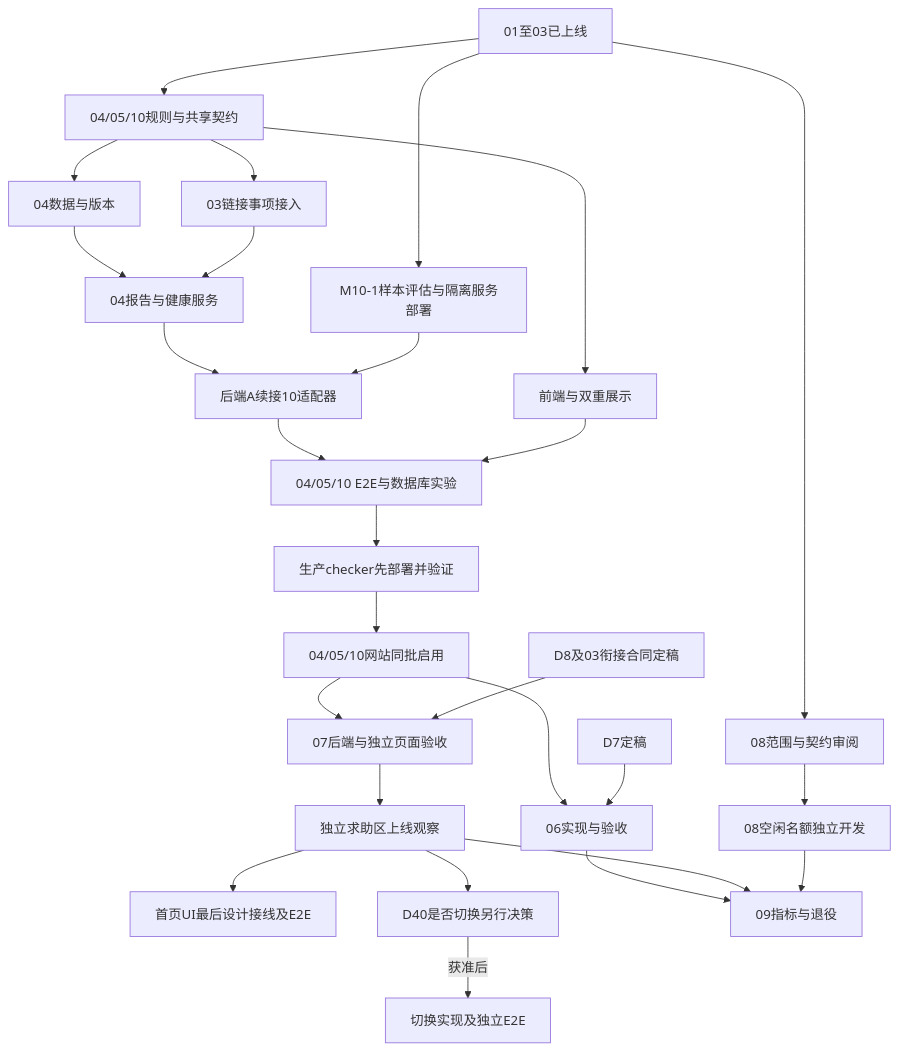
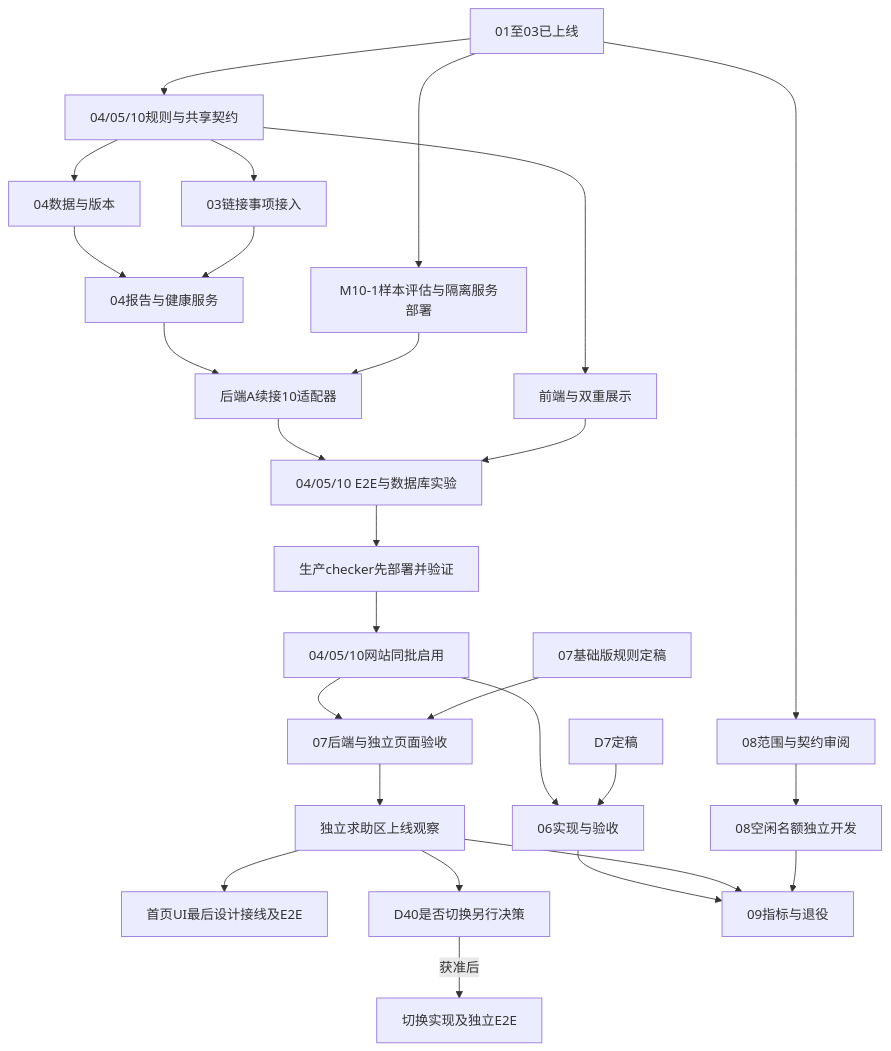
Before and after one commit to OtoAme/kun-otoame-next: the diagram in decision-making/7-operations-layer/11-worker-orchestration-plan.md, drawn with Mermaid. The commit also changed other lines of this file and 7 other files, not shown here.

````diff
--- a/decision-making/7-operations-layer/11-worker-orchestration-plan.md
+++ b/decision-making/7-operations-layer/11-worker-orchestration-plan.md
@@ -111,29 +111,29 @@
 ```mermaid
 flowchart TD
   S[01至03已上线] --> G[04/05/10规则与共享契约]
   S --> P10[M10-1样本评估与隔离服务部署]
   G --> B[04数据与版本]
   G --> C[03链接事项接入]
   G --> F[前端与双重展示]
   B --> H[04报告与健康服务]
   C --> H
   H --> A10[后端A续接10适配器]
   P10 --> A10
   A10 --> I[04/05/10 E2E与数据库实验]
   F --> I
   I --> D10[生产checker先部署并验证]
   D10 --> R[04/05/10网站同批启用]
   S --> P8[08范围与契约审阅]
   P8 --> E8[08空闲名额独立开发]
   R --> E6[06实现与验收]
   R --> E7[07后端与独立页面验收]
   D7[D7定稿] --> E6
-  D8[D8及03衔接合同定稿] --> E7
+  D8[07基础版规则定稿] --> E7
   E7 --> R7[独立求助区上线观察]
   R7 --> H7[首页UI最后设计接线及E2E]
   R7 --> G40[D40是否切换另行决策]
   G40 -->|获准后| V40[切换实现及独立E2E]
   E6 --> M9[09指标与退役]
   R7 --> M9
   E8 --> M9
 ```
````
